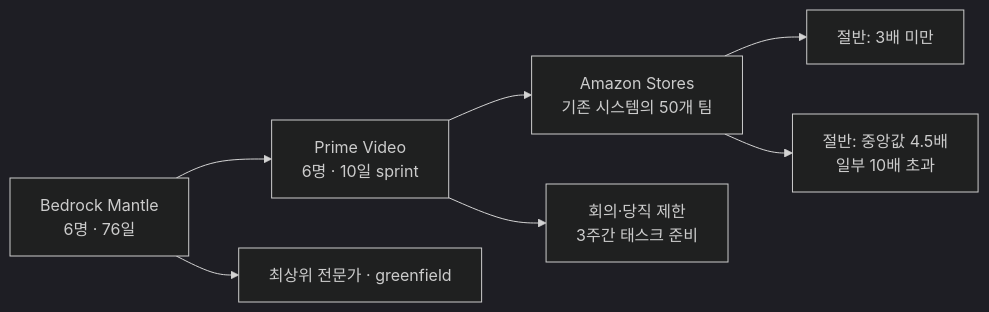
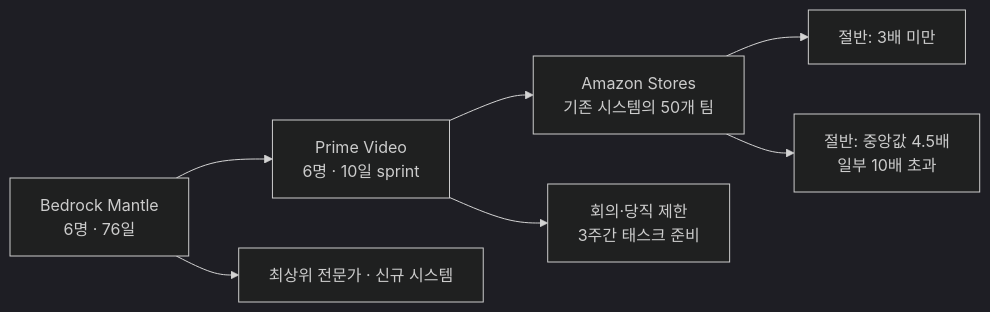
The second of 5 diagrams in _posts/2026-08-31-frontier-development-habits.md (haandol/haandol.github.com), drawn with Mermaid (dark theme) before and after one commit. The commit also changed other lines of this file and 8 other files, not shown here.

````diff
--- a/_posts/2026-08-31-frontier-development-habits.md
+++ b/_posts/2026-08-31-frontier-development-habits.md
@@ -122,9 +116,9 @@
 ```mermaid
 flowchart LR
     B["Bedrock Mantle<br/>6명 · 76일"] --> P["Prime Video<br/>6명 · 10일 sprint"]
     P --> S["Amazon Stores<br/>기존 시스템의 50개 팀"]
-    B --> BC["최상위 전문가 · greenfield"]
+    B --> BC["최상위 전문가 · 신규 시스템"]
     P --> PC["회의·당직 제한<br/>3주간 태스크 준비"]
     S --> L["절반: 3배 미만"]
     S --> H["절반: 중앙값 4.5배<br/>일부 10배 초과"]
 ```
````
